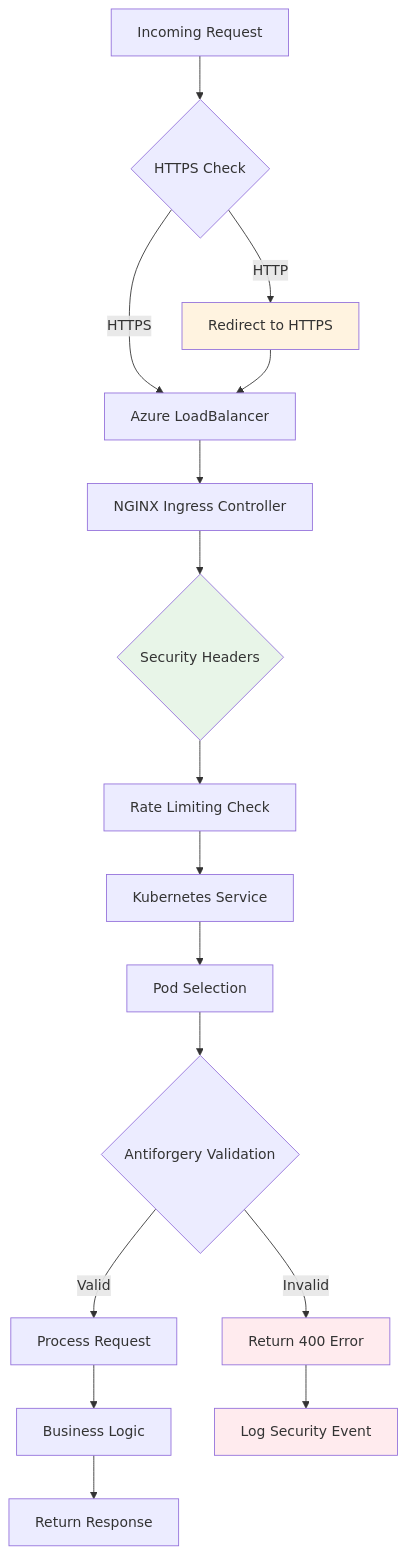
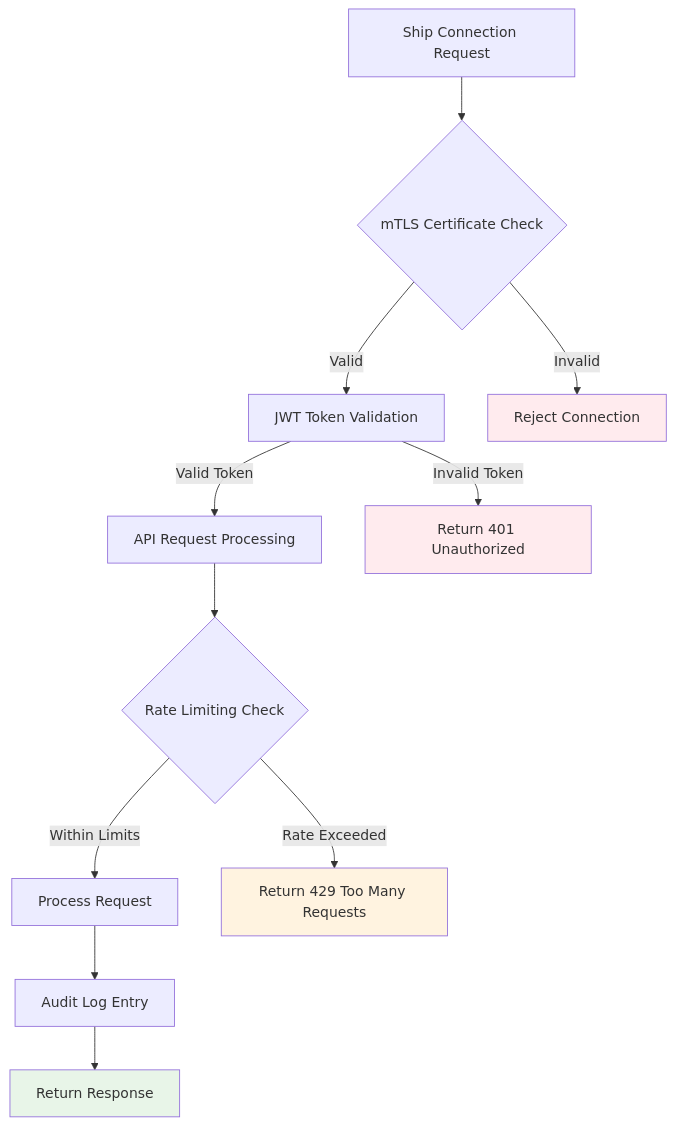
Before and after one commit to ralphmx1988/EmployeeManagement: diagram 18 of 20 in ARCHITECTURE.md, drawn with Mermaid. The commit also changed other lines of this file and 70 other files, not shown here.

````diff
--- a/ARCHITECTURE.md
+++ b/ARCHITECTURE.md
@@ -500,23 +960,21 @@
 ```mermaid
 flowchart TD
-    A[Incoming Request] --> B{HTTPS Check}
-    B -->|HTTP| C[Redirect to HTTPS]
-    B -->|HTTPS| D[Azure LoadBalancer]
-    C --> D
-    D --> E[NGINX Ingress Controller]
-    E --> F{Security Headers}
-    F --> G[Rate Limiting Check]
-    G --> H[Kubernetes Service]
-    H --> I[Pod Selection]
-    I --> J{Antiforgery Validation}
-    J -->|Valid| K[Process Request]
-    J -->|Invalid| L[Return 400 Error]
-    K --> M[Business Logic]
-    M --> N[Return Response]
-    L --> O[Log Security Event]
+    A[Ship Connection Request] --> B{mTLS Certificate Check}
+    B -->|Valid| C[JWT Token Validation]
+    B -->|Invalid| D[Reject Connection]
     
-    style C fill:#fff3e0
-    style F fill:#e8f5e8
-    style L fill:#ffebee
-    style O fill:#ffebee
+    C -->|Valid Token| E[API Request Processing]
+    C -->|Invalid Token| F[Return 401 Unauthorized]
+    
+    E --> G{Rate Limiting Check}
+    G -->|Within Limits| H[Process Request]
+    G -->|Rate Exceeded| I[Return 429 Too Many Requests]
+    
+    H --> J[Audit Log Entry]
+    J --> K[Return Response]
+    
+    style D fill:#ffebee
+    style F fill:#ffebee
+    style I fill:#fff3e0
+    style K fill:#e8f5e8
 ```
````
